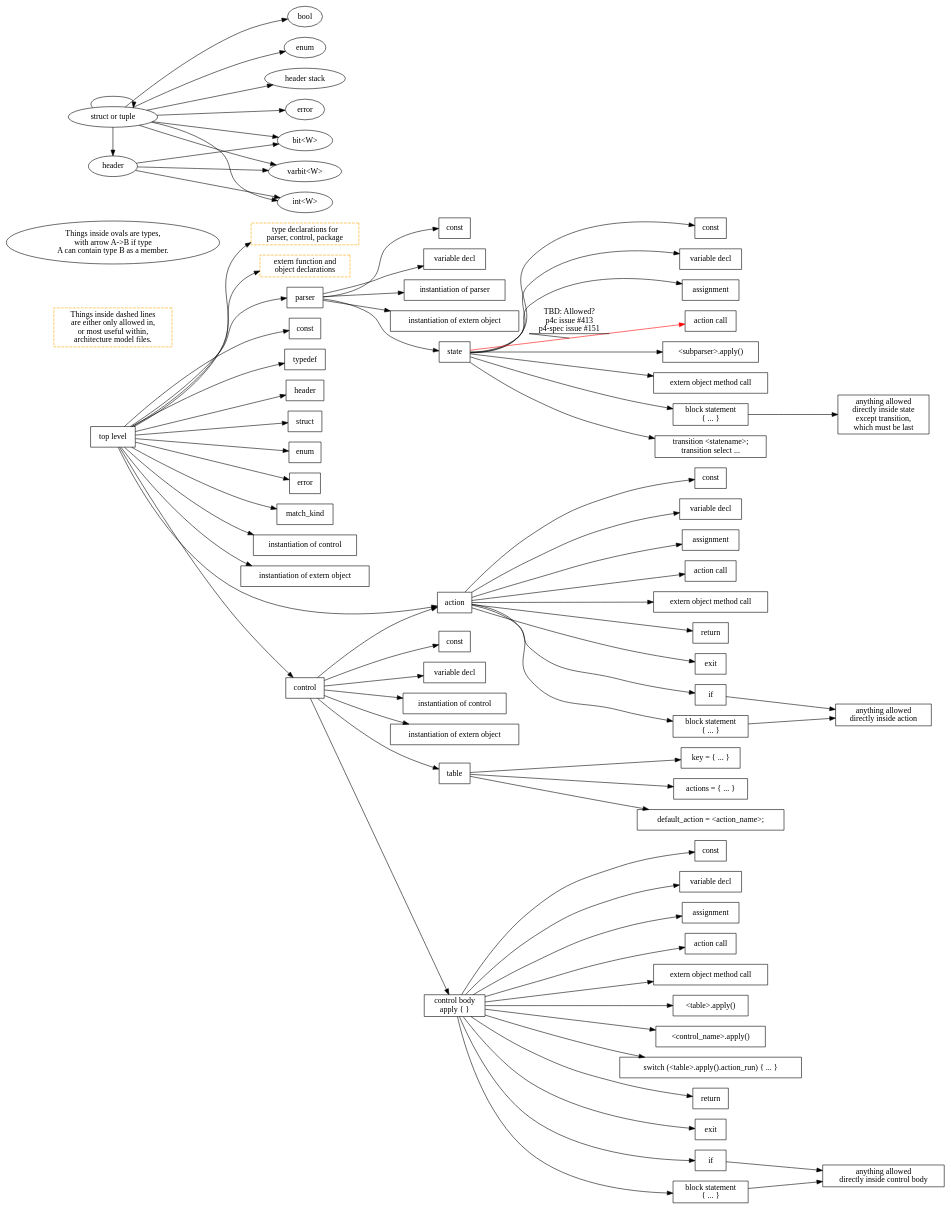
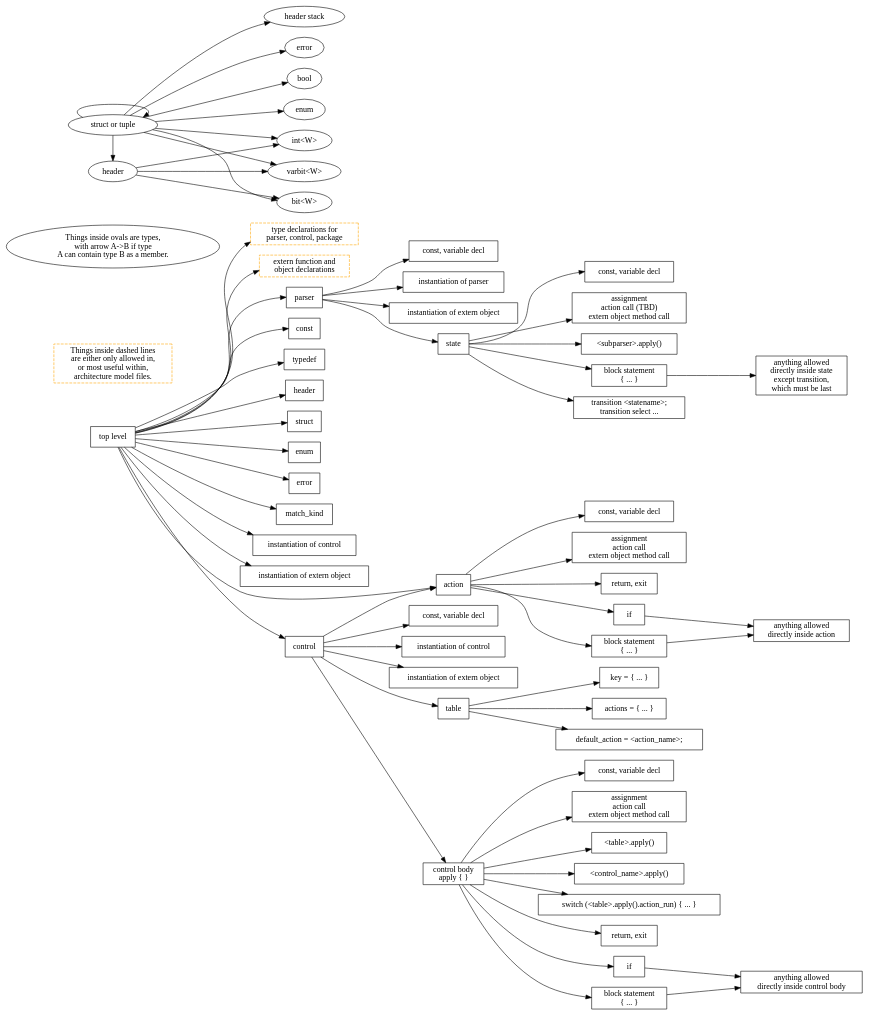
The diagram in p4-16-allowed-constructs.dot (jafingerhut/p4-guide), drawn with Graphviz before and after one commit. The commit also changed 2 other files, not shown here.

Commit message:
Make diagram more compact by combining similar nodes together

```diff
--- a/p4-16-allowed-constructs.dot
+++ b/p4-16-allowed-constructs.dot
@@ -36,10 +36,8 @@
     controlDeclaration [label="control"];
 
     // this is 'parser <name> (<parameters>) { ... }'
-    parserDeclaration -> constantDeclaration2;
-    constantDeclaration2 [label="const"];
-    parserDeclaration -> variableDeclaration2;
-    variableDeclaration2 [label="variable decl"];
+    parserDeclaration -> constantOrVariableDeclaration2;
+    constantOrVariableDeclaration2 [label="const, variable decl"];
     parserDeclaration -> parserInstantiation2;
     parserInstantiation2 [label="instantiation of parser"];
     parserDeclaration -> externObjectInstantiation2;
@@ -47,18 +45,12 @@
     parserDeclaration -> parserState;
 
     parserState [label="state"];
-    parserState -> constantDeclaration3;
-    constantDeclaration3 [label="const"];
-    parserState -> variableDeclaration3;
-    variableDeclaration3 [label="variable decl"];
-    parserState -> assignmentStatement3;
-    assignmentStatement3 [label="assignment"];
-    parserState -> actionCallStatement3 [color=red label="TBD: Allowed?\np4c issue #413\np4-spec issue #151" decorate=True];
-    actionCallStatement3 [label="action call"];
+    parserState -> constantOrVariableDeclaration3;
+    constantOrVariableDeclaration3 [label="const, variable decl"];
+    parserState -> assignmentActionMethodCallStatement3;
+    assignmentActionMethodCallStatement3 [label="assignment\naction call (TBD)\nextern object method call"];
     parserState -> parserApplyCallStatement3;
     parserApplyCallStatement3 [label="<subparser>.apply()"];
-    parserState -> externObjectMethodCallStatement3;
-    externObjectMethodCallStatement3 [label="extern object method call"];
     parserState -> blockStatement3;
     blockStatement3 [label="block statement\n{ ... }"];
     blockStatement3 -> blockStatementInParserState;
@@ -66,10 +58,8 @@
     parserState -> transitionStatement;
     transitionStatement [label="transition <statename>;\ntransition select ..."];
 
-    controlDeclaration -> constantDeclaration4;
-    constantDeclaration4 [label="const"];
-    controlDeclaration -> variableDeclaration4;
-    variableDeclaration4 [label="variable decl"];
+    controlDeclaration -> constantOrVariableDeclaration4;
+    constantOrVariableDeclaration4 [label="const, variable decl"];
     controlDeclaration -> controlInstantiation4;
     controlInstantiation4 [label="instantiation of control"];
     controlDeclaration -> externObjectInstantiation4;
@@ -87,20 +77,12 @@
     tableDeclaration -> tablePropertyDefaultAction;
     tablePropertyDefaultAction [label="default_action = <action_name>;"];
 
-    actionDeclaration -> constantDeclaration5;
-    constantDeclaration5 [label="const"];
-    actionDeclaration -> variableDeclaration5;
-    variableDeclaration5 [label="variable decl"];
-    actionDeclaration -> assignmentStatement5;
-    assignmentStatement5 [label="assignment"];
-    actionDeclaration -> actionCallStatement5;
-    actionCallStatement5 [label="action call"];
-    actionDeclaration -> externObjectMethodCallStatement5;
-    externObjectMethodCallStatement5 [label="extern object method call"];
-    actionDeclaration -> returnStatement5;
-    returnStatement5 [label="return"];
-    actionDeclaration -> exitStatement5;
-    exitStatement5 [label="exit"];
+    actionDeclaration -> constantOrVariableDeclaration5;
+    constantOrVariableDeclaration5 [label="const, variable decl"];
+    actionDeclaration -> assignmentActionMethodCallStatement5;
+    assignmentActionMethodCallStatement5 [label="assignment\naction call\nextern object method call"];
+    actionDeclaration -> returnOrExitStatement5;
+    returnOrExitStatement5 [label="return, exit"];
     actionDeclaration -> conditionalStatement5;
     conditionalStatement5 [label="if"];
     conditionalStatement5 -> blockStatementInActionDeclaration;
@@ -113,26 +95,18 @@
     // correspond in P4_16 grammar to assignmentOrMethodCallStatement.
     //actionCallStatement
 
-    controlBody -> constantDeclaration6;
-    constantDeclaration6 [label="const"];
-    controlBody -> variableDeclaration6;
-    variableDeclaration6 [label="variable decl"];
-    controlBody -> assignmentStatement6;
-    assignmentStatement6 [label="assignment"];
-    controlBody -> actionCallStatement6;
-    actionCallStatement6 [label="action call"];
-    controlBody -> externObjectMethodCallStatement6;
-    externObjectMethodCallStatement6 [label="extern object method call"];
+    controlBody -> constantOrVariableDeclaration6;
+    constantOrVariableDeclaration6 [label="const, variable decl"];
+    controlBody -> assignmentActionMethodCallStatement6;
+    assignmentActionMethodCallStatement6 [label="assignment\naction call\nextern object method call"];
     controlBody -> tableApplyCall6;
     tableApplyCall6 [label="<table>.apply()"];
     controlBody -> controlCallStatement6;
     controlCallStatement6 [label="<control_name>.apply()"];
     controlBody -> switchStatement6;
     switchStatement6 [label="switch (<table>.apply().action_run) { ... }"];
-    controlBody -> returnStatement6;
-    returnStatement6 [label="return"];
-    controlBody -> exitStatement6;
-    exitStatement6 [label="exit"];
+    controlBody -> returnOrExitStatement6;
+    returnOrExitStatement6 [label="return, exit"];
     controlBody -> conditionalStatement6;
     conditionalStatement6 [label="if"];
     conditionalStatement6 -> blockStatementInControlBody;
@@ -141,30 +115,6 @@
     blockStatement6 -> blockStatementInControlBody;
     blockStatementInControlBody [label="anything allowed\ndirectly inside control body"];
 
-//    blockStatement [label="block statement\n{ ... }"];
-//    blockStatement -> constantDeclaration7;
-//    constantDeclaration7 [label="const"];
-//    blockStatement -> variableDeclaration7;
-//    variableDeclaration7 [label="variable decl"];
-//    blockStatement -> actionCallStatement7;
-//    actionCallStatement7 [label="action call"];
-//    blockStatement -> assignmentStatement7;
-//    assignmentStatement7 [label="assignment"];
-//    blockStatement -> blockStatement;
-//    blockStatement -> conditionalStatement7 [label="unless block is\ninside state" decorate=True];
-//    conditionalStatement7 [label="if"];
-//    conditionalStatement7 -> conditionalStatement7;
-//    blockStatement -> returnStatement7 [label="unless block is\ninside state" decorate=True];
-//    returnStatement7 [label="return"];
-//    blockStatement -> exitStatement7 [label="unless block is\ninside state" decorate=True];
-//    exitStatement7 [label="exit"];
-//    blockStatement -> tableApplyCall7 [label="only in\ncontrol body\n'apply'" decorate=True];
-//    tableApplyCall7 [label="<table>.apply()"];
-//    blockStatement -> switchStatement7 [label="only in\ncontrol body\n'apply'" decorate=True];
-//    switchStatement7 [label="switch (<table>.apply().action_run) { ... }"];
-
-//    conditionalStatement [label="if"];
-//    conditionalStatement -> conditionalStatement;
 
     legend_oval [label="Things inside ovals are types,\nwith arrow A->B if type\nA can contain type B as a member." shape=oval];
 
```
